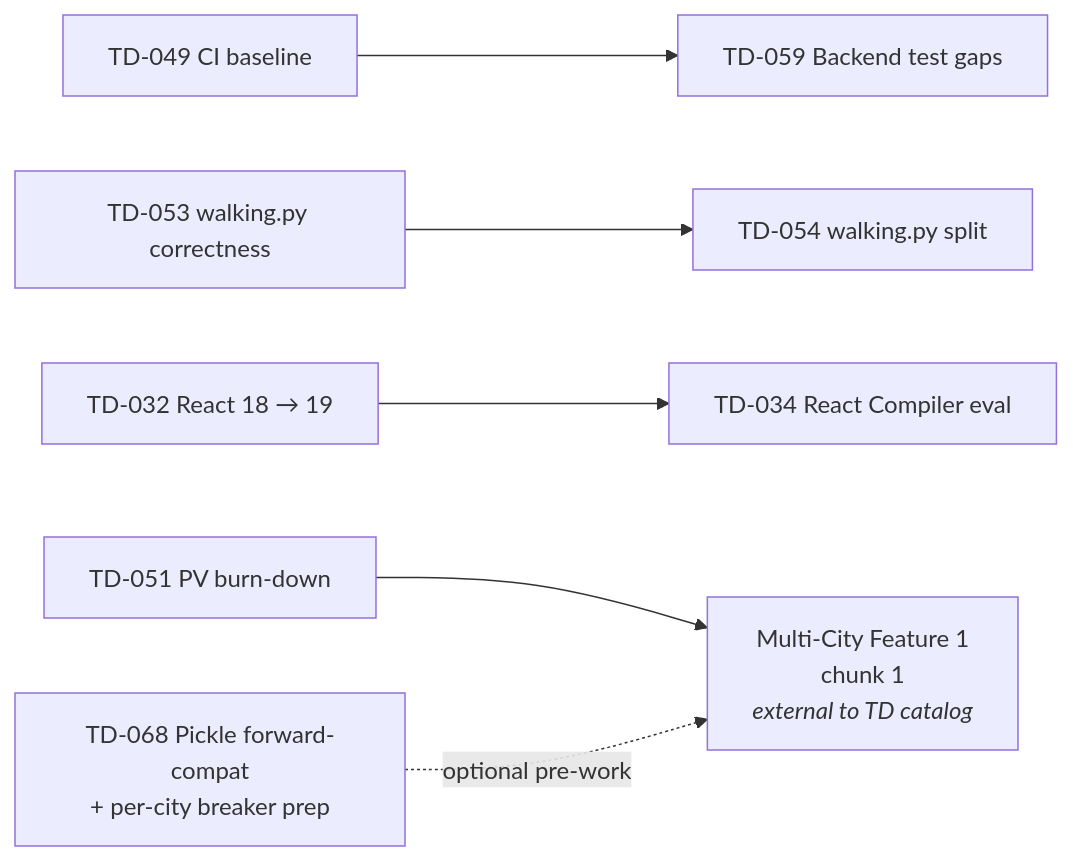
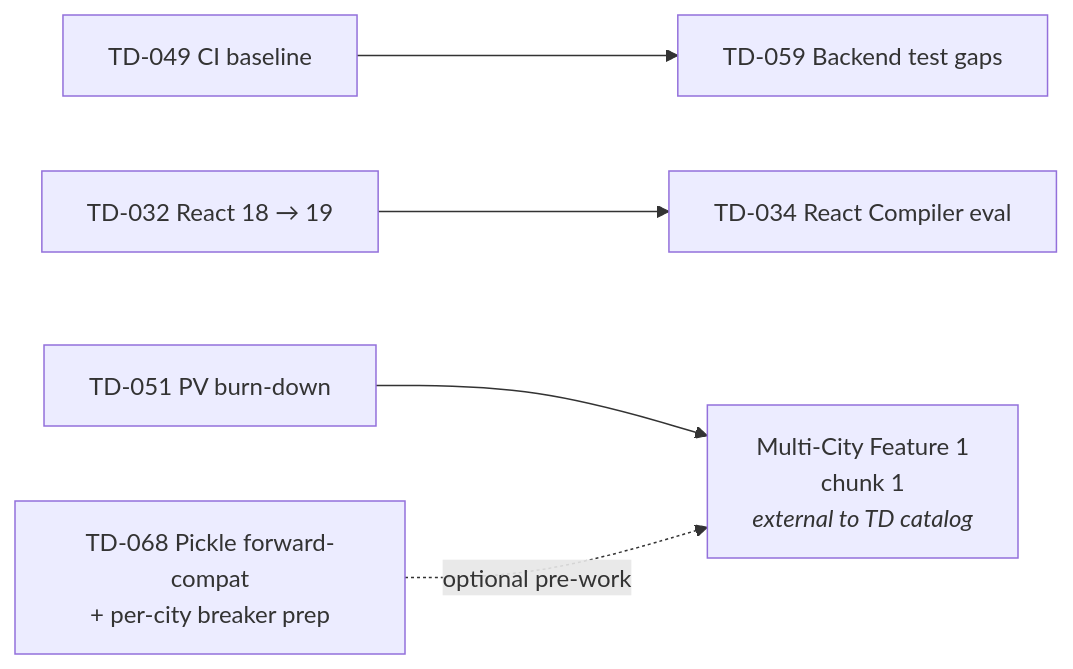
The diagram in docs/Technical_Debt_Roadmap.md (AdamBHonaker/Walk-Path-Calculator), drawn with Mermaid before and after one commit. The commit also changed other lines of this file and 4 other files, not shown here.

````diff
--- a/docs/Technical_Debt_Roadmap.md
+++ b/docs/Technical_Debt_Roadmap.md
@@ -20,8 +20,7 @@
 ```mermaid
 graph LR
   TD049[TD-049 CI baseline] --> TD059[TD-059 Backend test gaps]
-  TD053[TD-053 walking.py correctness] --> TD054[TD-054 walking.py split]
   TD032[TD-032 React 18 → 19] --> TD034[TD-034 React Compiler eval]
   TD051[TD-051 PV burn-down] --> FEAT1[Multi-City Feature 1<br/>chunk 1<br/><i>external to TD catalog</i>]
   TD068[TD-068 Pickle forward-compat<br/>+ per-city breaker prep] -.optional pre-work.-> FEAT1
 ```
````
